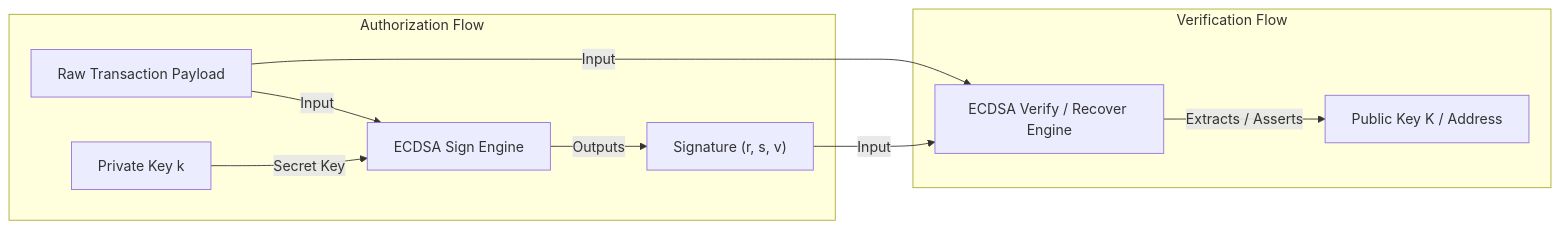
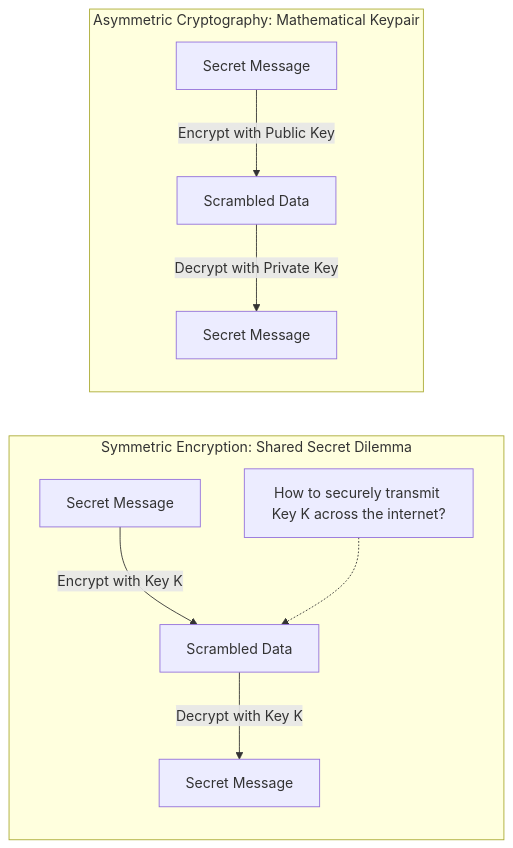
One commit to ub-society/modules changed the first of 7 diagrams in docs/learn/fundamentals/01-distributed-trust/03-asymmetric-cryptography-and-digital-signatures.md. Above: the diagram before and after it, drawn with Mermaid. The commit also changed other lines of this file and 3 other files, not shown here.

````diff
--- a/docs/learn/fundamentals/01-distributed-trust/03-asymmetric-cryptography-and-digital-signatures.md
+++ b/docs/learn/fundamentals/01-distributed-trust/03-asymmetric-cryptography-and-digital-signatures.md
@@ -17,14 +16,13 @@
 ```mermaid
 flowchart LR
-    subgraph Authorization Flow
-        Msg[Raw Transaction Payload] -->|Input| Signer[ECDSA Sign Engine]
-        PrivKey[Private Key k] -->|Secret Key| Signer
-        Signer -->|Outputs| Sig["Signature (r, s, v)"]
+    subgraph Symmetric Encryption: Shared Secret Dilemma
+        Plaintext1[Secret Message] -->|Encrypt with Key K| Ciphertext1[Scrambled Data]
+        Ciphertext1 -->|Decrypt with Key K| Decrypted1[Secret Message]
+        KeyDilemma[How to securely transmit Key K across the internet?] -.-> Ciphertext1
     end
 
-    subgraph Verification Flow
-        Sig -->|Input| Verifier[ECDSA Verify / Recover Engine]
-        Msg -->|Input| Verifier
-        Verifier -->|Extracts / Asserts| PubKey["Public Key K / Address"]
+    subgraph Asymmetric Cryptography: Mathematical Keypair
+        Plaintext2[Secret Message] -->|Encrypt with Public Key| Ciphertext2[Scrambled Data]
+        Ciphertext2 -->|Decrypt with Private Key| Decrypted2[Secret Message]
     end
 ```
````
